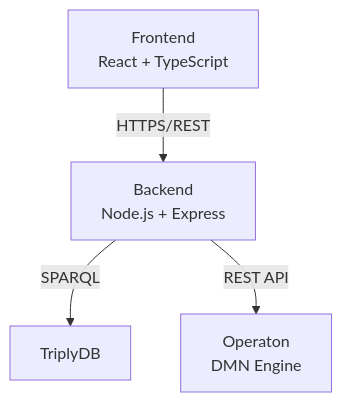
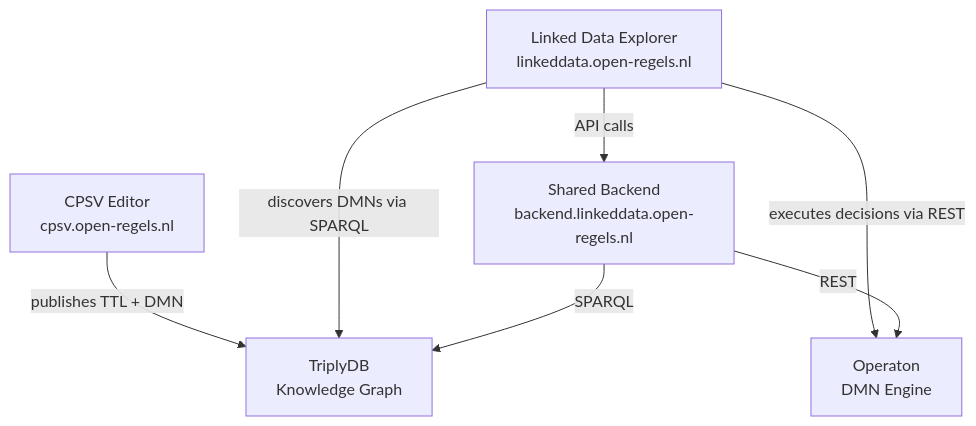
The diagram in docs/en/linked-data-explorer/index.md (sgort/iou-architectuur), drawn with Mermaid before and after one commit. The commit also changed other lines of this file and 73 other files, not shown here.

````diff
--- a/docs/en/linked-data-explorer/index.md
+++ b/docs/en/linked-data-explorer/index.md
@@ -38,6 +30,15 @@
 ```mermaid
 graph TB
-    A[Frontend<br/>React + TypeScript] -->|HTTPS/REST| B[Backend<br/>Node.js + Express]
-    B -->|SPARQL| C[TriplyDB]
-    B -->|REST API| D[Operaton<br/>DMN Engine]
+    CPSV[CPSV Editor<br/>cpsv.open-regels.nl]
+    LDE[Linked Data Explorer<br/>linkeddata.open-regels.nl]
+    BACKEND[Shared Backend<br/>backend.linkeddata.open-regels.nl]
+    TRIPLY[TriplyDB<br/>Knowledge Graph]
+    OPERATON[Operaton<br/>DMN Engine]
+
+    CPSV -->|publishes TTL + DMN| TRIPLY
+    LDE -->|discovers DMNs via SPARQL| TRIPLY
+    LDE -->|executes decisions via REST| OPERATON
+    LDE -->|API calls| BACKEND
+    BACKEND -->|SPARQL| TRIPLY
+    BACKEND -->|REST| OPERATON
 ```
````
